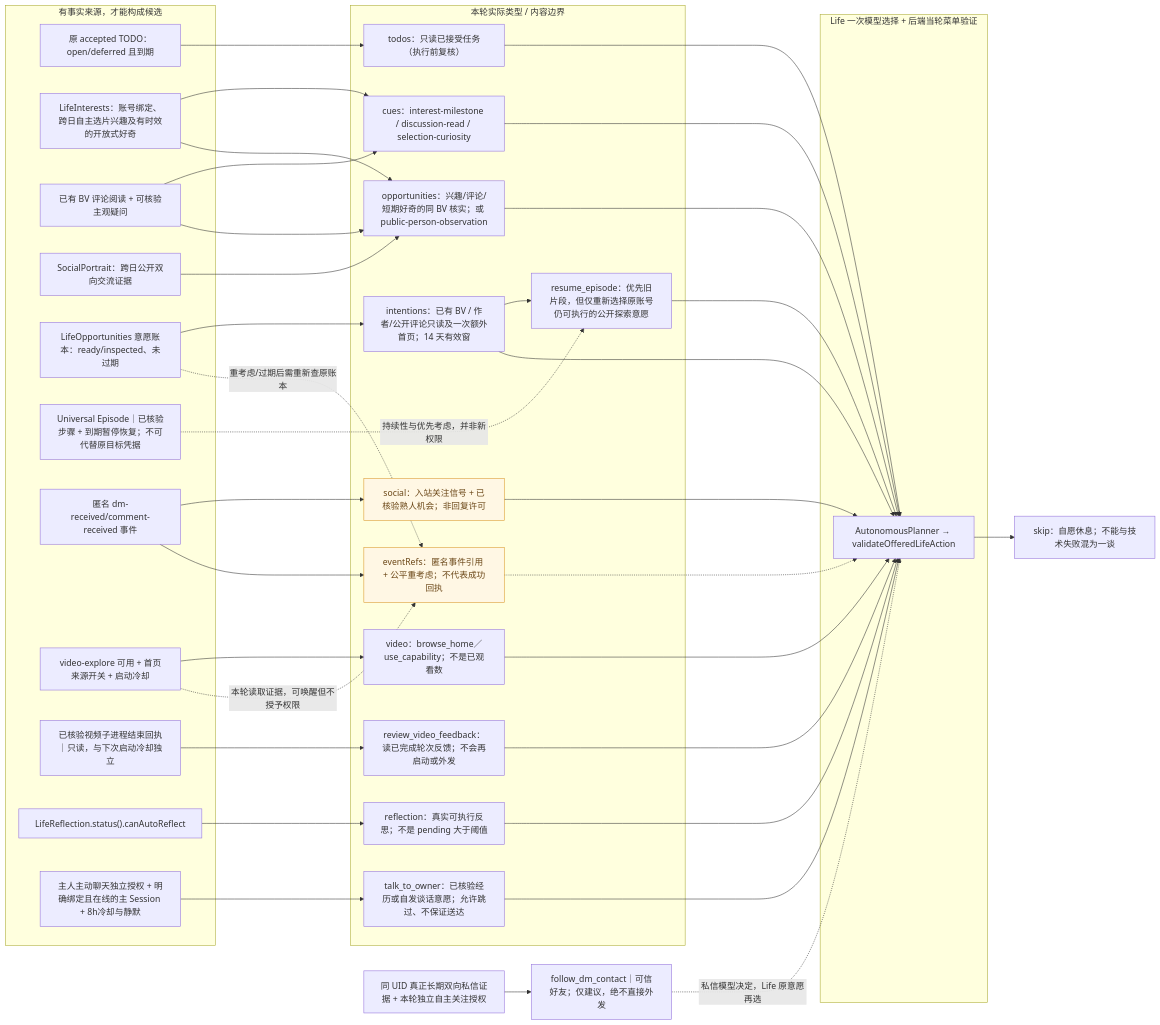
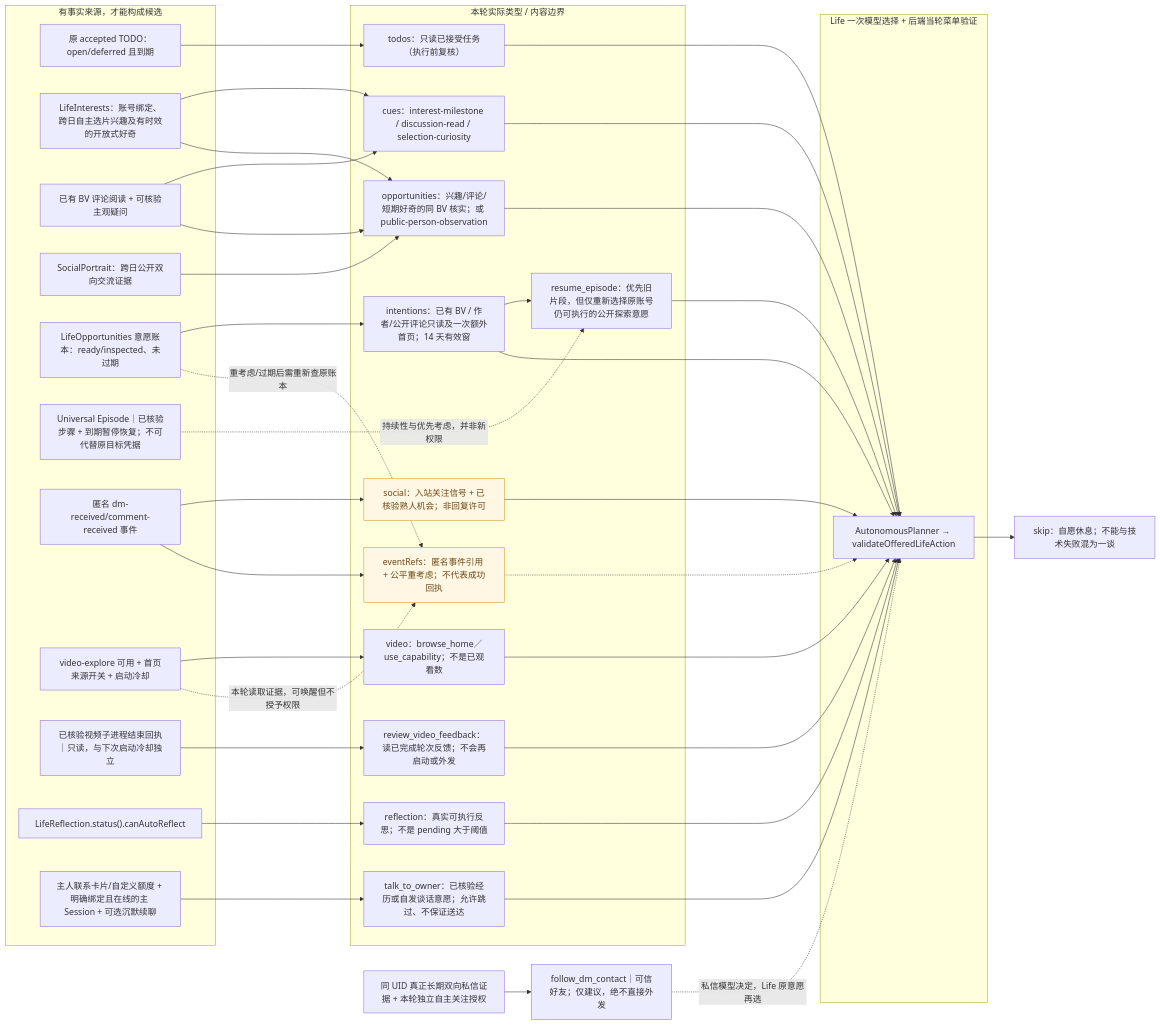
Before and after one commit to minedalang/dsh-dafeiyu-life: the diagram in docs/architecture/diagrams/life-candidates-current.mmd, drawn with Mermaid. The commit also changed 23 other files, not shown here.

```diff
--- a/docs/architecture/diagrams/life-candidates-current.mmd
+++ b/docs/architecture/diagrams/life-candidates-current.mmd
@@ -1,97 +1,100 @@
 %% 生活候选细目字典：这是当前项目的真实 schema 类型/选择约束，不是泛化的 AI 心理推演。
 flowchart LR
   subgraph inputs["有事实来源，才能构成候选"]
     sourceTodo["原 accepted TODO：open/deferred 且到期"]
     sourceInterest["LifeInterests：账号绑定、跨日自主选片兴趣及有时效的开放式好奇"]
     sourceDiscussion["已有 BV 评论阅读 + 可核验主观疑问"]
     sourcePerson["SocialPortrait：跨日公开双向交流证据"]
     sourceLife["LifeOpportunities 意愿账本：ready/inspected、未过期"]
     episodeState["Universal Episode｜已核验步骤 + 到期暂停恢复；不可代替原目标凭据"]
     sourceSocial["匿名 dm-received/comment-received 事件"]
     sourceVideo["video-explore 可用 + 首页来源开关 + 启动冷却"]
     sourceVideoFeedback["已核验视频子进程结束回执｜只读，与下次启动冷却独立"]
     sourceReflect["LifeReflection.status().canAutoReflect"]
-    sourceOwner["主人主动聊天独立授权 + 明确绑定且在线的主 Session + 8h冷却与静默"]
+    sourceOwner["主人联系卡片/自定义额度 + 明确绑定且在线的主 Session + 可选沉默续聊"]
   end
   subgraph candidates["本轮实际类型 / 内容边界"]
     todos["todos：只读已接受任务（执行前复核）"]
     cues["cues：interest-milestone / discussion-read / selection-curiosity"]
     opportunities["opportunities：兴趣/评论/短期好奇的同 BV 核实；或 public-person-observation"]
     intentions["intentions：已有 BV / 作者/公开评论只读及一次额外首页；14 天有效窗"]
     resume["resume_episode：优先旧片段，但仅重新选择原账号仍可执行的公开探索意愿"]
     social["social：入站关注信号 + 已核验熟人机会；非回复许可"]
     video["video：browse_home／use_capability；不是已观看数"]
     reviewFeedback["review_video_feedback：读已完成轮次反馈；不会再启动或外发"]
     reflection["reflection：真实可执行反思；不是 pending 大于阈值"]
     ownerChat["talk_to_owner：已核验经历或自发谈话意愿；允许跳过、不保证送达"]
     eventRefs["eventRefs：匿名事件引用 + 公平重考虑；不代表成功回执"]
   end
   sourceTodo --> todos
   sourceInterest --> cues
   sourceDiscussion --> cues
   sourceInterest --> opportunities
   sourceDiscussion --> opportunities
   sourcePerson --> opportunities
   sourceLife --> intentions
   episodeState -.->|持续性与优先考虑，并非新权限| resume
   intentions --> resume
   sourceSocial --> social
   sourceVideo --> video
   sourceVideoFeedback --> reviewFeedback
   sourceReflect --> reflection
   sourceOwner --> ownerChat
   sourceSocial --> eventRefs
   sourceVideo -.->|本轮读取证据，可唤醒但不授予权限| eventRefs
   sourceLife -.->|重考虑/过期后需重新查原账本| eventRefs
   subgraph choice["Life 一次模型选择 + 后端当轮菜单验证"]
     planner["AutonomousPlanner → validateOfferedLifeAction"]
   end
   todos --> planner
   cues --> planner
   opportunities --> planner
   intentions --> planner
   resume --> planner
   social --> planner
   video --> planner
   reviewFeedback --> planner
   reflection --> planner
   ownerChat --> planner
   eventRefs -.-> planner
   rest["skip：自愿休息；不能与技术失败混为一谈"]
   planner --> rest
   classDef partial fill:#fff7e4,stroke:#d99727,color:#6b4717
   class social,eventRefs partial
 
 %% @code todos | lib/owner-todos.mjs | export const READ_TODO_TYPES
 %% @code cues | lib/life-opportunities.mjs | const explorationCues=
 %% @code opportunities | lib/life-opportunities.mjs | export function deriveDiscussionOpportunities
 %% @code intentions | lib/life-opportunities.mjs | const intentions=
 %% @code social | lib/life-agent-events.mjs | const TYPES=new Set
 %% @code video | lib/autonomous-planner.mjs | if(homeEnabled&&lifeSkills.some
 %% @code reflection | lib/life-reflection.mjs | canAutoReflect
 %% @code eventRefs | lib/life-agent-events.mjs | export const lifeEventDebugRef
 %% @code planner | lib/autonomous-planner.mjs | export function validateOfferedLifeAction
 
 %% dev.33 maintenance: selection-curiosity from account-tagged verified selected BV only;
 %% no free-form title search, no automatic outbound approval.
 
 %% dev.35: Episode 的写入不是默认终点；需实际只读或主动休息 + 冷却后才能再写，仍无新权限。
 
 %% @code episodeState | lib/life-universal-episodes.mjs | const view=e=>
 %% @code resume | lib/autonomous-planner.mjs | action:'resume_episode'
 
 %% @code resume | lib/life-episode-entrypoints.mjs | export function prioritizeLifeContinuationCandidates
 
 %% @code reviewFeedback | lib/autonomous-planner.mjs | action:'review_video_feedback'
 
 %% dev.38：以下私信跟进动作由私信 Agent 自主提议，不能在顶层直接凭 UID 触发。
 dmHistory["同 UID 真正长期双向私信证据 + 本轮独立自主关注授权"]
 dmFollowCandidate["follow_dm_contact｜可信好友；仅建议，绝不直接外发"]
 dmHistory --> dmFollowCandidate
 dmFollowCandidate -.->|私信模型决定，Life 原意愿再选| planner
 %% @code dmHistory | lib/life-subagent-continuity.mjs | export function dmContactFollowCandidates
 %% @code dmFollowCandidate | lib/life-subagent-continuity.mjs | action:'follow_dm_contact'
 
 %% dev.42: Life-selected owner contact is opt-in and not delivery-confirmed.
 %% @code sourceOwner | lib/main-session-bridge.mjs | const ownerChatReadiness=
 %% @code ownerChat | lib/autonomous-planner.mjs | action:'talk_to_owner'
+
+%% dev.44 shared owner contact settings and silence consideration.
+%% @code sourceOwner | lib/main-session-bridge.mjs | const ownerChatReadiness=
```
